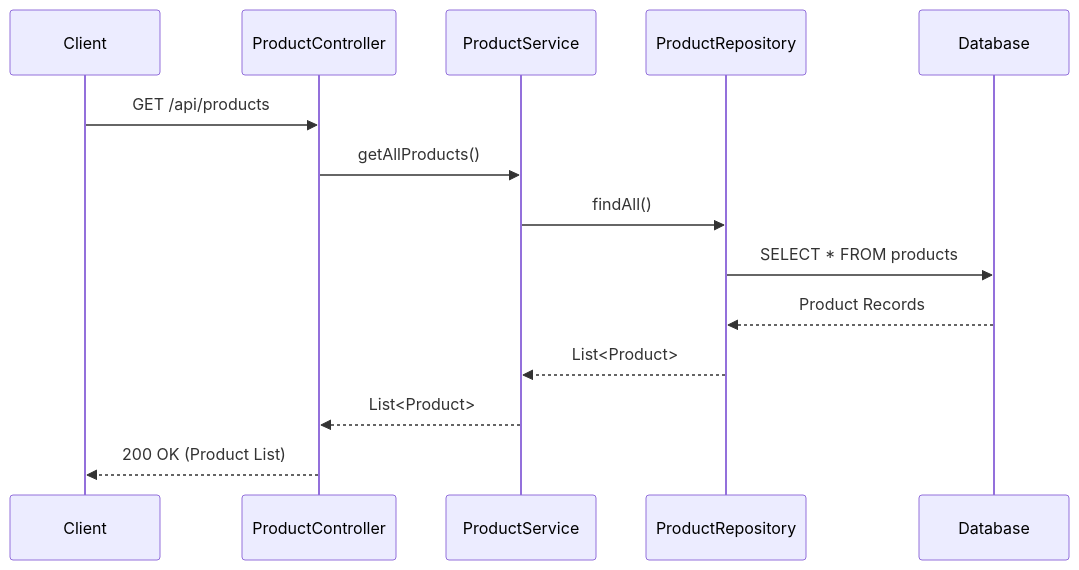
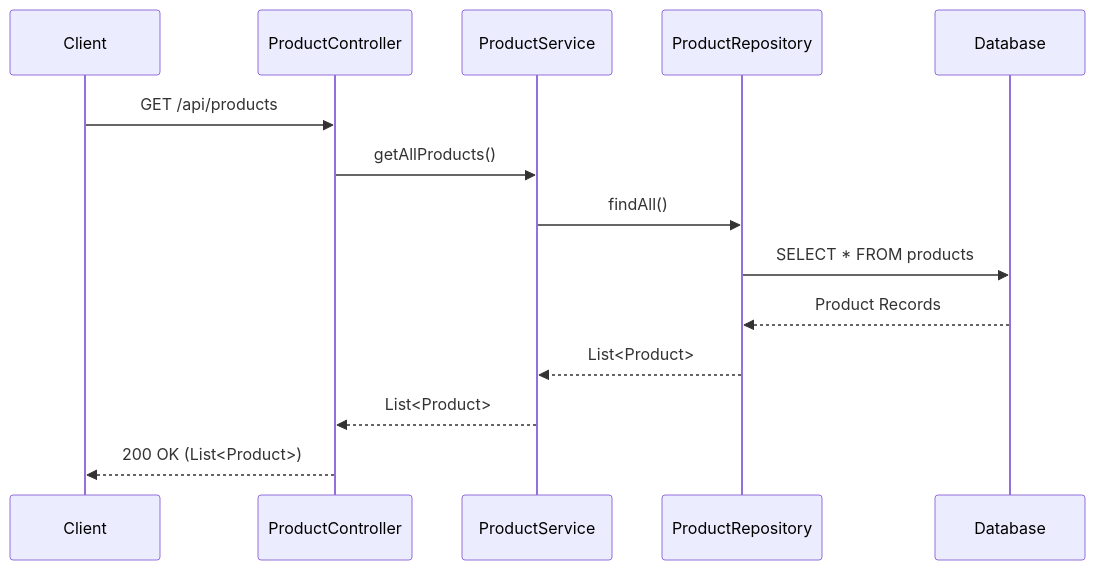
Before and after one commit to NavneetBN47/aava-ecom-demo: the third of 13 diagrams in docs/LLD/modified_lld.md, drawn with Mermaid. The commit also changed other lines of this file, not shown here.

````diff
--- a/docs/LLD/modified_lld.md
+++ b/docs/LLD/modified_lld.md
@@ -192,17 +168,17 @@
 ```mermaid
 sequenceDiagram
     participant Client
     participant ProductController
     participant ProductService
     participant ProductRepository
     participant Database
 
     Client->>ProductController: GET /api/products
     ProductController->>ProductService: getAllProducts()
     ProductService->>ProductRepository: findAll()
     ProductRepository->>Database: SELECT * FROM products
     Database-->>ProductRepository: Product Records
     ProductRepository-->>ProductService: List<Product>
     ProductService-->>ProductController: List<Product>
-    ProductController-->>Client: 200 OK (Product List)
+    ProductController-->>Client: 200 OK (List<Product>)
 ```
````
